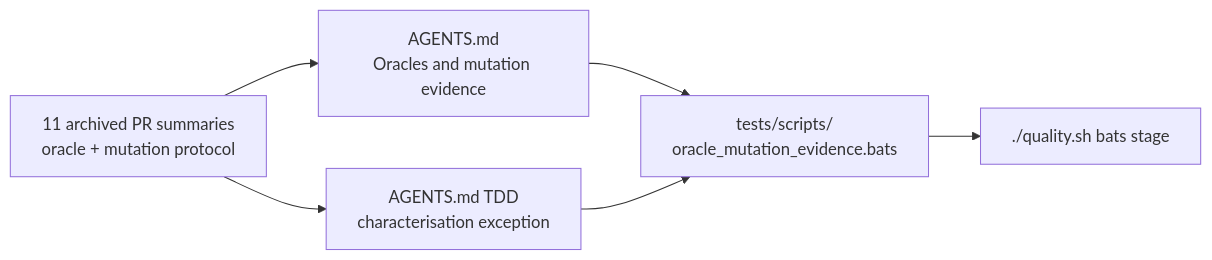
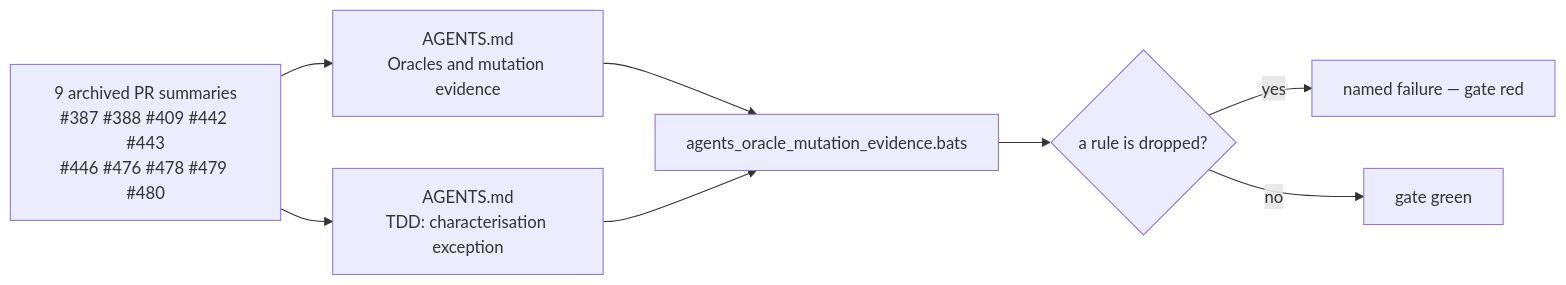
Before and after one commit to stSoftwareAU/NEAT-AI-core: the diagram in docs/archive/pr-summaries/pr-summary-501.md, drawn with Mermaid. The commit also changed other lines of this file, not shown here.

First line of the commit message:
Add PR summary for the oracle/mutation-evidence absorption (Issue #501)

````diff
--- a/docs/archive/pr-summaries/pr-summary-501.md
+++ b/docs/archive/pr-summaries/pr-summary-501.md
@@ -46,8 +69,10 @@
 ```mermaid
 flowchart LR
-    P["11 archived PR summaries<br/>oracle + mutation protocol"] --> A["AGENTS.md<br/>Oracles and mutation evidence"]
-    P --> T["AGENTS.md TDD<br/>characterisation exception"]
-    A --> G["tests/scripts/<br/>oracle_mutation_evidence.bats"]
-    T --> G
-    G --> Q["./quality.sh bats stage"]
+    A["9 archived PR summaries<br/>#387 #388 #409 #442 #443<br/>#446 #476 #478 #479 #480"] --> B["AGENTS.md<br/>Oracles and mutation evidence"]
+    A --> C["AGENTS.md<br/>TDD: characterisation exception"]
+    B --> D["agents_oracle_mutation_evidence.bats"]
+    C --> D
+    D --> E{"a rule is dropped?"}
+    E -- yes --> F["named failure — gate red"]
+    E -- no --> G["gate green"]
 ```
````
